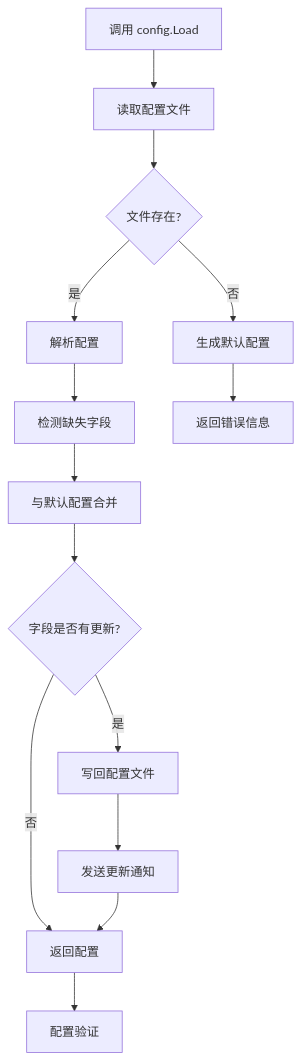
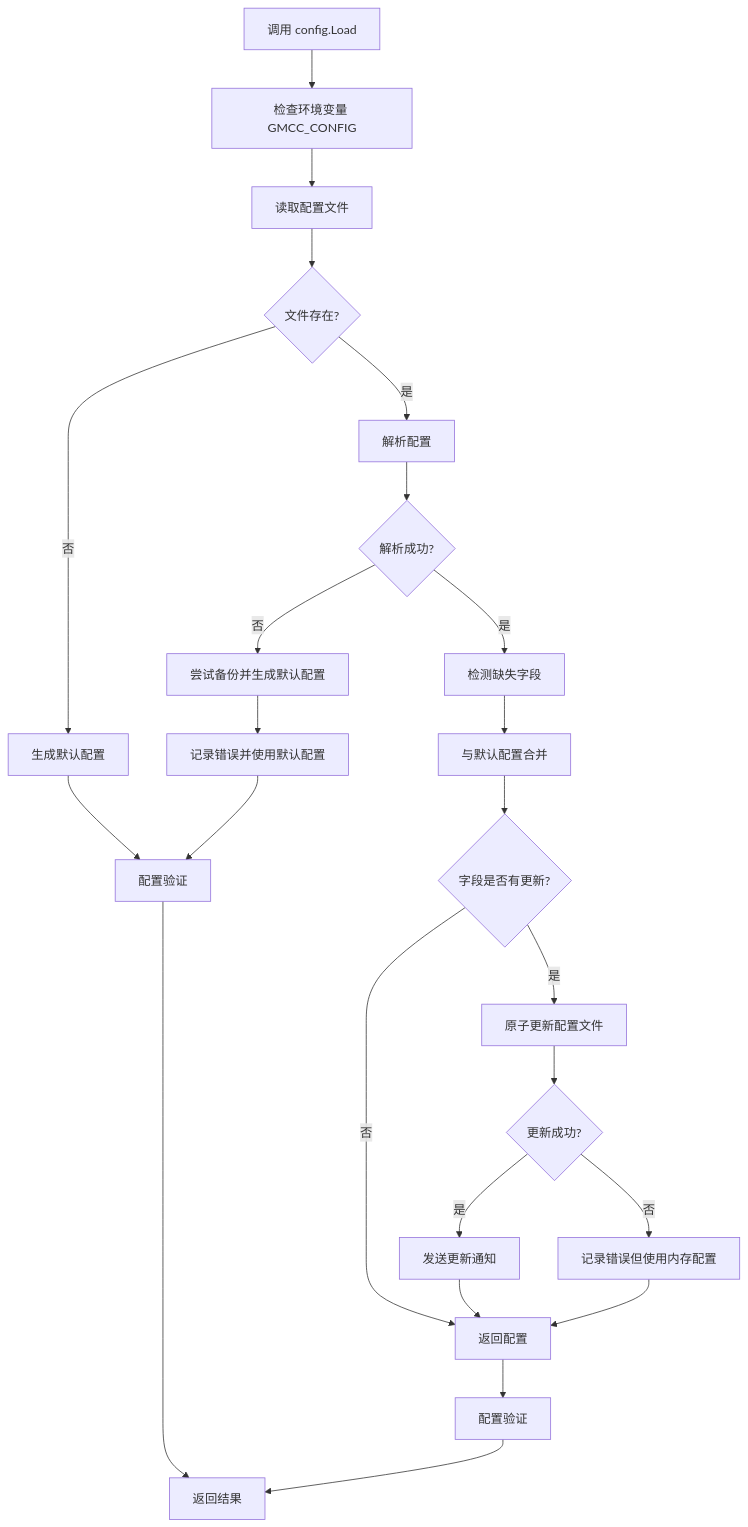
One commit to yhrwd/gmcc changed the diagram in docs/superpowers/specs/2026-03-28-config-auto-update-design.md. Above: the diagram before and after it, drawn with Mermaid. The commit also changed other lines of this file, not shown here.

````diff
--- a/docs/superpowers/specs/2026-03-28-config-auto-update-design.md
+++ b/docs/superpowers/specs/2026-03-28-config-auto-update-design.md
@@ -40,16 +40,26 @@
 ```mermaid
 graph TD
-    A[调用 config.Load] --> B[读取配置文件]
-    B --> C{文件存在?}
-    C -->|否| D[生成默认配置]
-    C -->|是| E[解析配置]
-    E --> F[检测缺失字段]
-    F --> G[与默认配置合并]
-    G --> H{字段是否有更新?}
-    H -->|是| I[写回配置文件]
-    H -->|否| J[返回配置]
-    I --> K[发送更新通知]
-    K --> J
-    D --> L[返回错误信息]
-    J --> M[配置验证]
+    A[调用 config.Load] --> B[检查环境变量 GMCC_CONFIG]
+    B --> C[读取配置文件]
+    C --> D{文件存在?}
+    D -->|否| E[生成默认配置]
+    D -->|是| F[解析配置]
+    F --> G{解析成功?}
+    G -->|否| H[尝试备份并生成默认配置]
+    G -->|是| I[检测缺失字段]
+    H --> J[记录错误并使用默认配置]
+    I --> K[与默认配置合并]
+    K --> L{字段是否有更新?}
+    L -->|是| M[原子更新配置文件]
+    L -->|否| N[返回配置]
+    M --> O{更新成功?}
+    O -->|是| P[发送更新通知]
+    O -->|否| Q[记录错误但使用内存配置]
+    P --> N
+    Q --> N
+    E --> R[配置验证]
+    J --> R
+    N --> S[配置验证]
+    R --> T[返回结果]
+    S --> T
 ```
````
